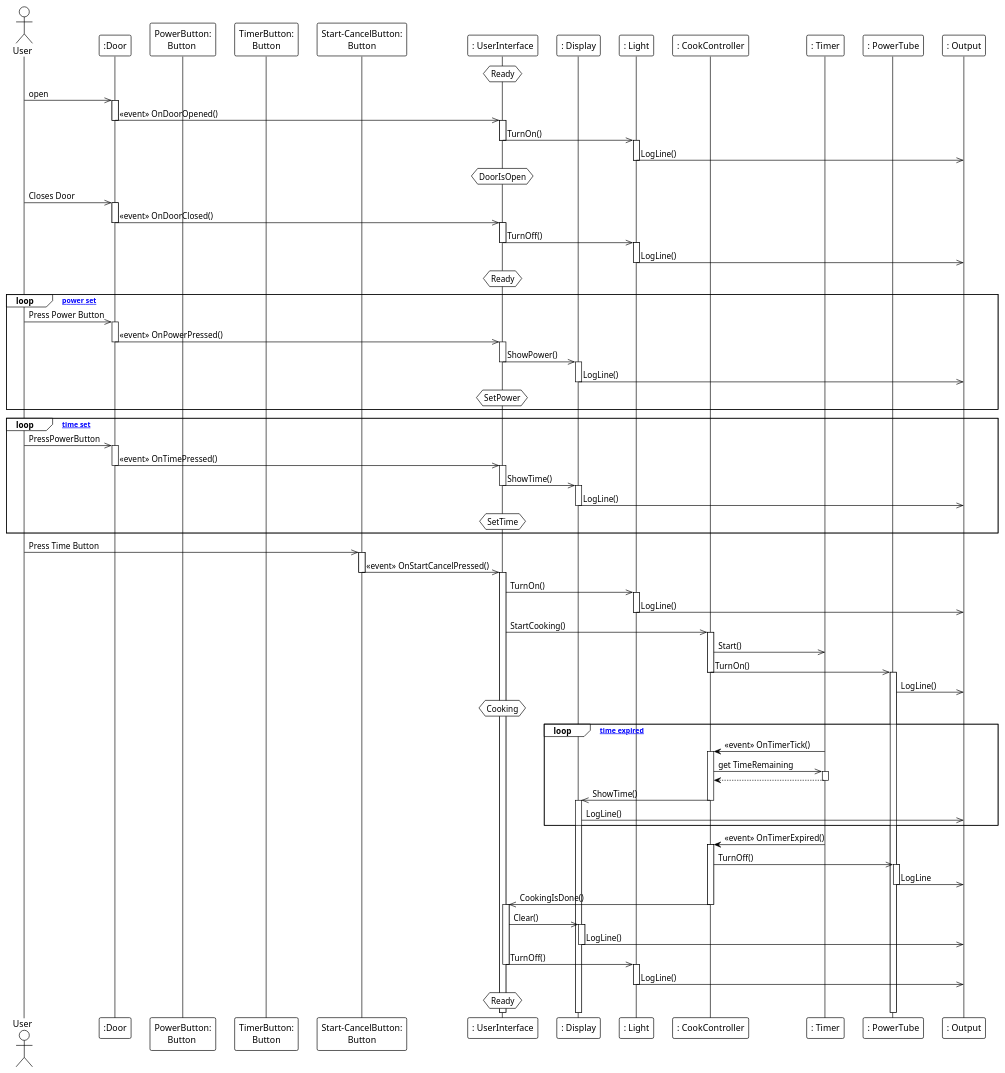
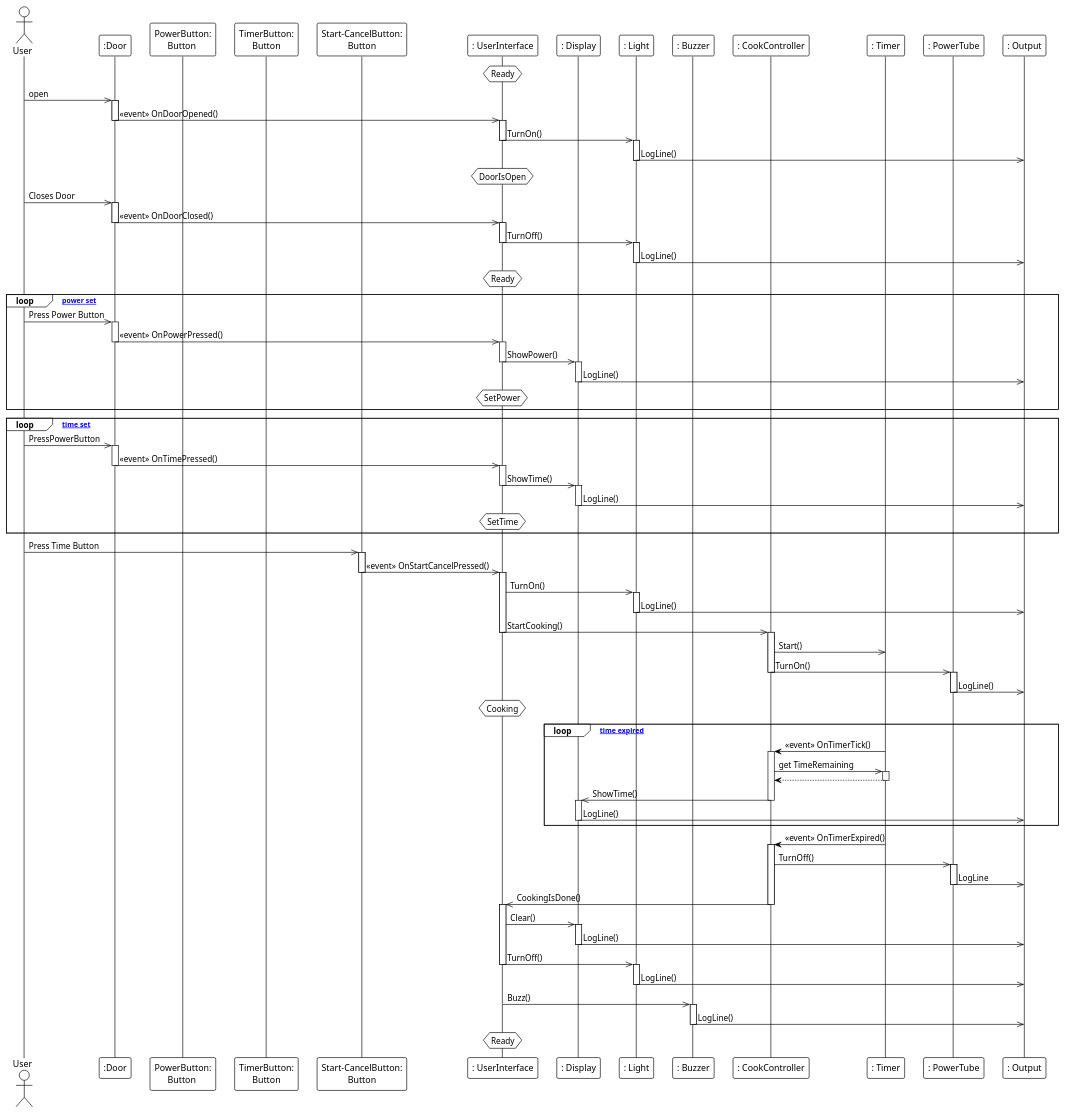
The diagram in MircowaveSq.puml (MartinStokholm/SWTExercise3), drawn with PlantUML before and after one commit.

Commit message:
Update MircowaveSq.puml
Only missing martins part of sq now

```diff
--- a/MircowaveSq.puml
+++ b/MircowaveSq.puml
@@ -1,124 +1,139 @@
 @startuml
 !theme plain
 
 actor "User" as user
 participant ":Door" as door
 participant "PowerButton:\nButton " as powerbutton 
 participant "TimerButton:\nButton" as timerbutton
 participant "Start-CancelButton:\n Button " as startbutton
 participant ": UserInterface" as ui 
 participant ": Display" as display
 participant ": Light" as light
+participant ": Buzzer" as buzzer 
 participant ": CookController" as cookcontroller
 participant ": Timer" as timer
 participant ": PowerTube" as powertube 
 participant ": Output" as output 
+
 
 hnote over ui : Ready
 user ->> door : open 
 activate door 
 door ->> ui : <<event>> OnDoorOpened()
 deactivate door 
 activate ui 
 ui ->> light : TurnOn()
 deactivate ui 
 activate light
 light ->> output : LogLine()
 deactivate light
 
 hnote over ui : DoorIsOpen
 user ->> door : Closes Door
 activate door
 door ->> ui : <<event>> OnDoorClosed()
 deactivate door
 activate ui
 ui ->> light : TurnOff()
 deactivate ui
 activate light
 light ->> output : LogLine()
 deactivate light
+
+
 
 hnote over ui : Ready
 loop [until power set]
 user ->> door : Press Power Button
 activate door
 door ->> ui : <<event>> OnPowerPressed()
 deactivate door
 activate ui
 ui ->> display : ShowPower()
 deactivate ui
 activate display
 display ->> output : LogLine()
 deactivate display
 hnote over ui : SetPower
 end
 
 
 
 loop [until time set]
 user ->> door : PressPowerButton
 activate door
 door ->> ui : <<event>> OnTimePressed()
 deactivate door
 activate ui
 ui ->> display : ShowTime()
 deactivate ui
 activate display
 display ->> output : LogLine()
 deactivate display
 hnote over ui : SetTime
 end
 
 user ->> startbutton : Press Time Button 
 activate startbutton
 startbutton ->> ui : <<event>> OnStartCancelPressed()
 deactivate startbutton
 activate ui
 ui ->> light : TurnOn()
 activate light
 light ->> output : LogLine()
+
 deactivate light
 ui ->> cookcontroller : StartCooking()
+deactivate ui
 activate cookcontroller
 cookcontroller ->> timer : Start()
 cookcontroller ->> powertube : TurnOn()
 deactivate cookcontroller
 activate powertube
 powertube ->> output : LogLine()
+deactivate powertube
+
 
 hnote over ui : Cooking
 loop [until time expired]
 timer -> cookcontroller : <<event>> OnTimerTick()
 activate cookcontroller
 cookcontroller ->> timer : get TimeRemaining
 activate timer
 timer --> cookcontroller : 
 deactivate timer
 cookcontroller ->> display : ShowTime()
 deactivate cookcontroller
 activate display
 display ->> output : LogLine()
+deactivate display
 end
 
 timer -> cookcontroller : <<event>> OnTimerExpired()
 activate cookcontroller
 cookcontroller ->> powertube : TurnOff()
 activate powertube
 powertube ->> output : LogLine 
+
 deactivate powertube
 cookcontroller ->> ui : CookingIsDone()
 deactivate cookcontroller
 activate ui
 ui ->> display : Clear()
 activate display
 display ->> output : LogLine()
 deactivate display
 ui ->> light : TurnOff()
 deactivate ui
 activate light 
 light ->> output : LogLine()
 deactivate light
+ui ->> buzzer : Buzz()
+deactivate ui
+activate buzzer
+buzzer ->> output : LogLine()
+deactivate buzzer
 
 hnote over ui : Ready
 
 @enduml
```
